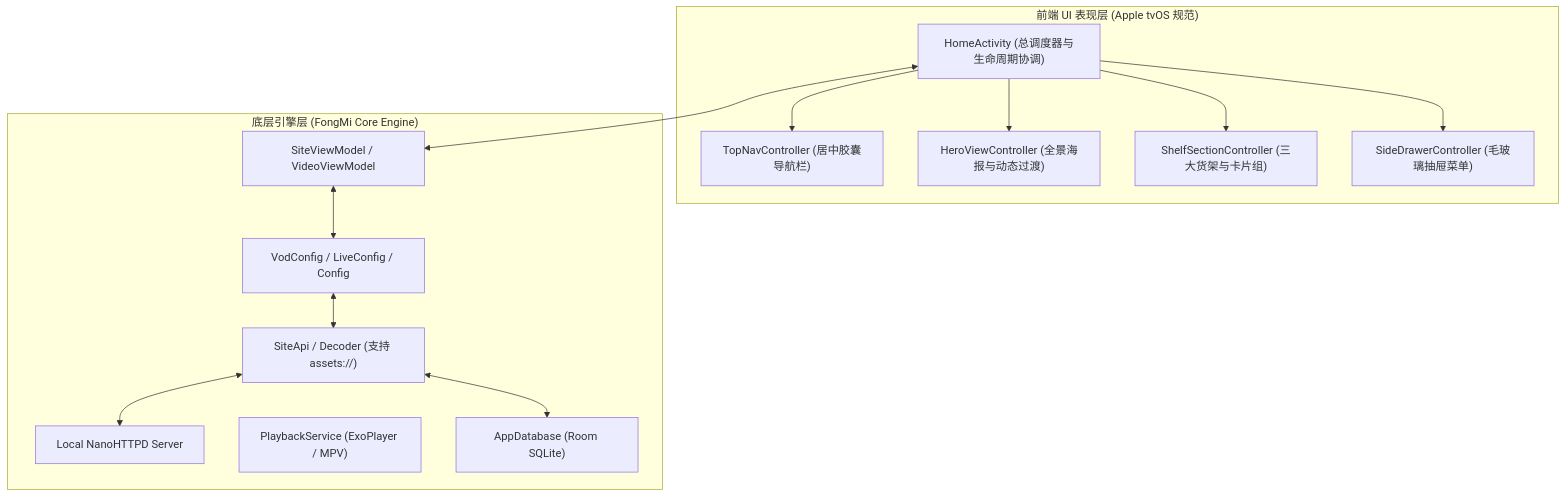
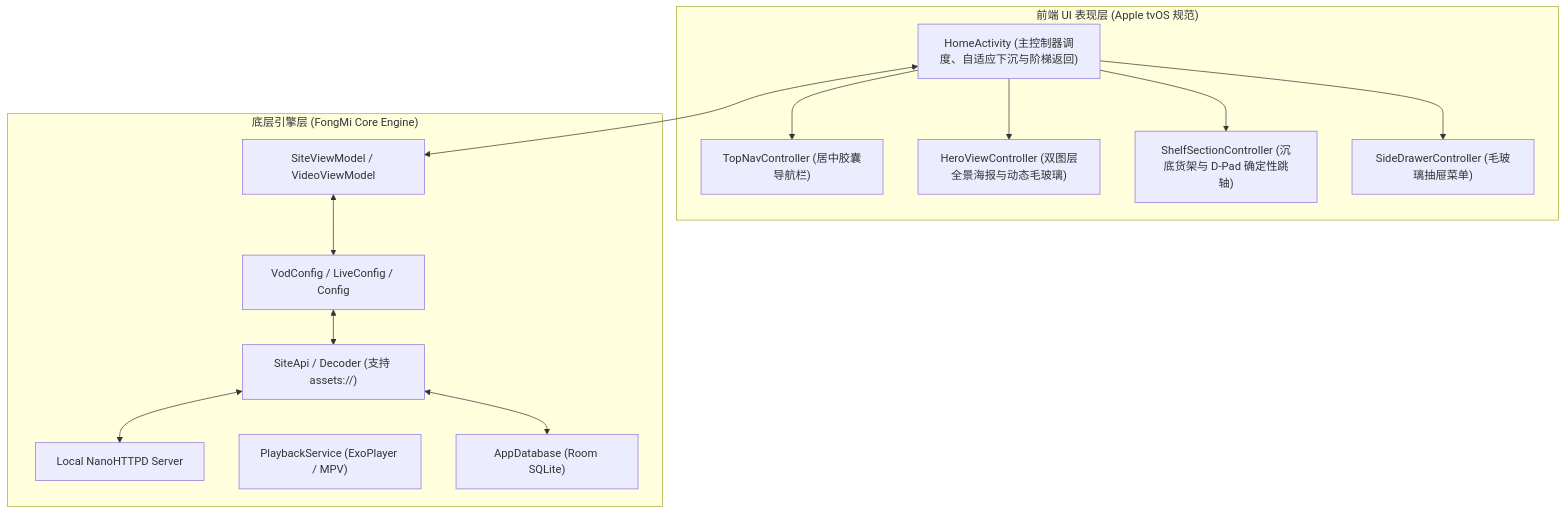
One commit to liujiawei-zuopin/apple-tvbox changed the diagram in HANDOVER.md. Above: the diagram before and after it, drawn with Mermaid. The commit also changed other lines of this file, not shown here.

````diff
--- a/HANDOVER.md
+++ b/HANDOVER.md
@@ -16,29 +16,29 @@
 ```mermaid
 graph TD
     subgraph Frontend_UI_Layer ["前端 UI 表现层 (Apple tvOS 规范)"]
         TopNav["TopNavController (居中胶囊导航栏)"]
-        Hero["HeroViewController (全景海报与动态过渡)"]
-        Shelf["ShelfSectionController (三大货架与卡片组)"]
+        Hero["HeroViewController (双图层全景海报与动态毛玻璃)"]
+        Shelf["ShelfSectionController (沉底货架与 D-Pad 确定性跳轴)"]
         Drawer["SideDrawerController (毛玻璃抽屉菜单)"]
-        HomeAct["HomeActivity (总调度器与生命周期协调)"]
+        HomeAct["HomeActivity (主控制器调度、自适应下沉与阶梯返回)"]
         HomeAct --> TopNav
         HomeAct --> Hero
         HomeAct --> Shelf
         HomeAct --> Drawer
     end
 
     subgraph Backend_Engine_Layer ["底层引擎层 (FongMi Core Engine)"]
         SiteVM["SiteViewModel / VideoViewModel"]
         VodCfg["VodConfig / LiveConfig / Config"]
         SiteAPI["SiteApi / Decoder (支持 assets://)"]
         NanoSvr["Local NanoHTTPD Server"]
         PlayerSvc["PlaybackService (ExoPlayer / MPV)"]
         RoomDB["AppDatabase (Room SQLite)"]
     end
 
     HomeAct <--> SiteVM
     SiteVM <--> VodCfg
     VodCfg <--> SiteAPI
     SiteAPI <--> NanoSvr
     SiteAPI <--> RoomDB
 ```
````
